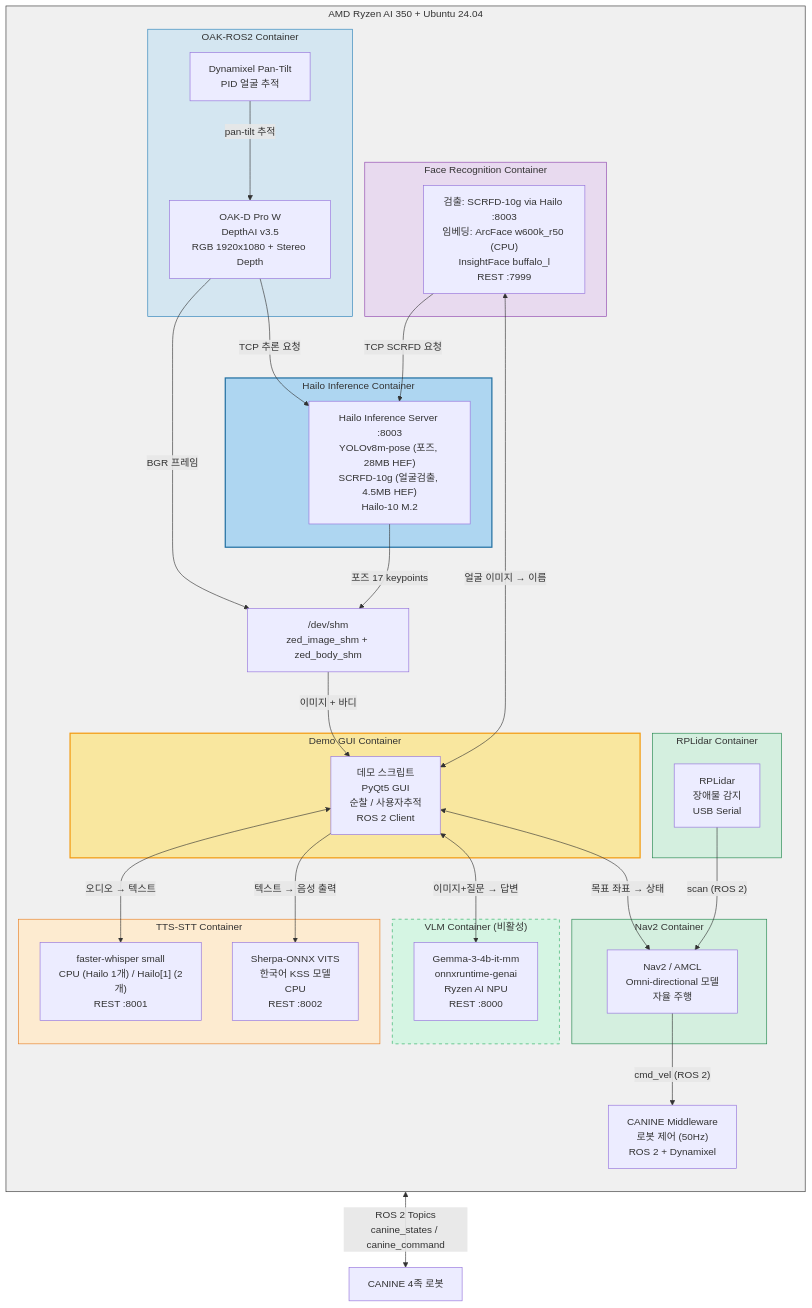
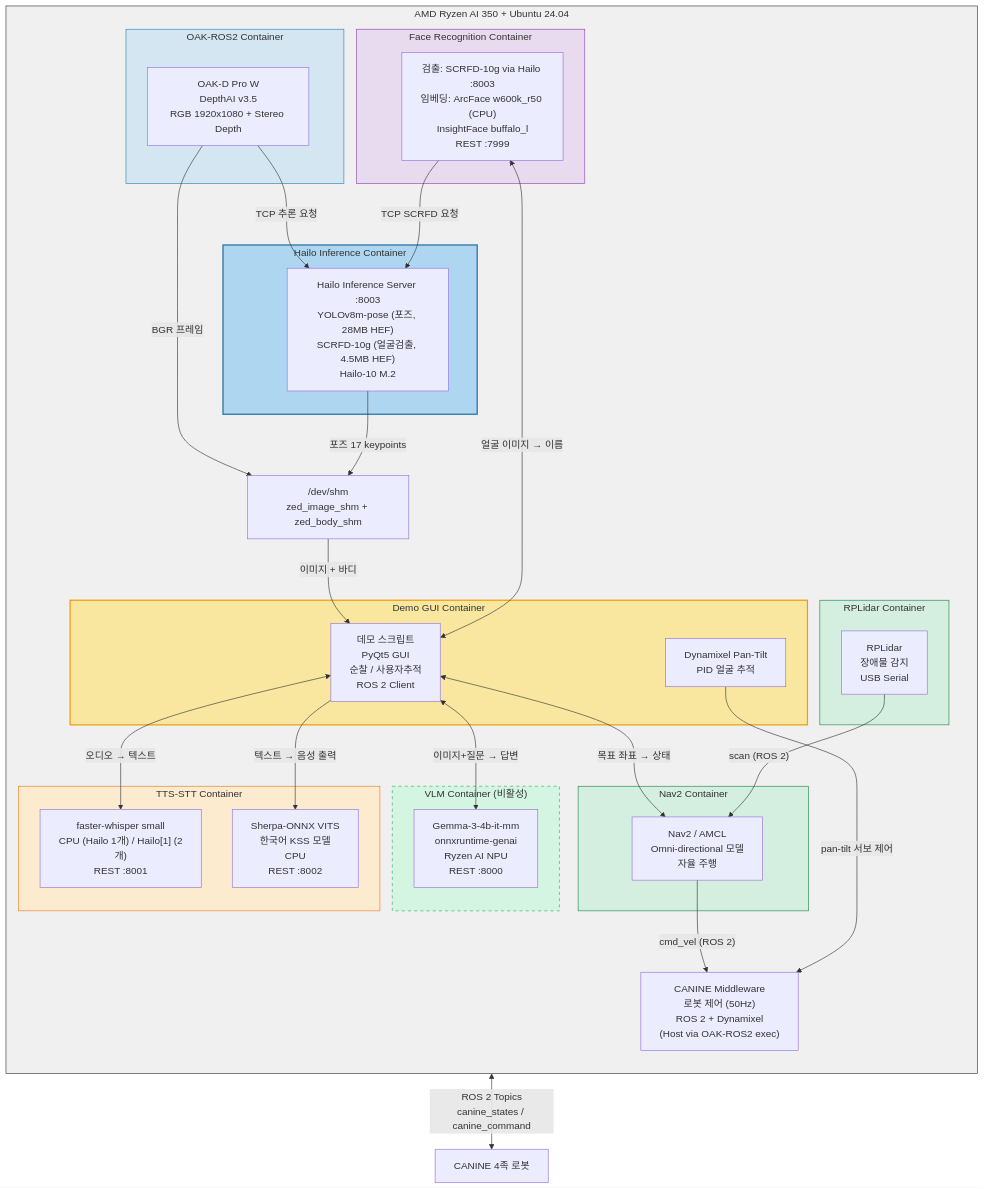
One commit to ETRI-OAC/ETRI-OAC-DEMO changed the diagram in README.md. Above: the diagram before and after it, drawn with Mermaid. The commit also changed other lines of this file and 3 other files, not shown here.

First line of the commit message:
Update README: 8-container architecture, new directory structure, build_all_docker.sh

````diff
--- a/README.md
+++ b/README.md
@@ -5,71 +5,71 @@
 ```mermaid
 graph TB
     subgraph HOST["AMD Ryzen AI 350 + Ubuntu 24.04"]
         direction TB
 
         subgraph OAK["OAK-ROS2 Container"]
             CAM["OAK-D Pro W<br/>DepthAI v3.5<br/>RGB 1920x1080 + Stereo Depth"]
-            PT["Dynamixel Pan-Tilt<br/>PID 얼굴 추적"]
         end
 
         subgraph DEMO_C["Demo GUI Container"]
             DEMO["데모 스크립트<br/>PyQt5 GUI<br/>순찰 / 사용자추적<br/>ROS 2 Client"]
+            PT["Dynamixel Pan-Tilt<br/>PID 얼굴 추적"]
         end
 
         subgraph HAILO_C["Hailo Inference Container"]
             HAILO_SRV["Hailo Inference Server :8003<br/>YOLOv8m-pose (포즈, 28MB HEF)<br/>SCRFD-10g (얼굴검출, 4.5MB HEF)<br/>Hailo-10 M.2"]
         end
 
         subgraph NAV_C["Nav2 Container"]
             NAV["Nav2 / AMCL<br/>Omni-directional 모델<br/>자율 주행"]
         end
 
         subgraph LIDAR_C["RPLidar Container"]
             LIDAR["RPLidar<br/>장애물 감지<br/>USB Serial"]
         end
 
-        MW["CANINE Middleware<br/>로봇 제어 (50Hz)<br/>ROS 2 + Dynamixel"]
+        MW["CANINE Middleware<br/>로봇 제어 (50Hz)<br/>ROS 2 + Dynamixel<br/>(Host via OAK-ROS2 exec)"]
 
         subgraph VLM_C["VLM Container (비활성)"]
             VLM["Gemma-3-4b-it-mm<br/>onnxruntime-genai<br/>Ryzen AI NPU<br/>REST :8000"]
         end
 
         subgraph TTS_C["TTS-STT Container"]
             STT["faster-whisper small<br/>CPU (Hailo 1개) / Hailo[1] (2개)<br/>REST :8001"]
             TTS["Sherpa-ONNX VITS<br/>한국어 KSS 모델<br/>CPU<br/>REST :8002"]
         end
 
         subgraph FACE_C["Face Recognition Container"]
             FACE["검출: SCRFD-10g via Hailo :8003<br/>임베딩: ArcFace w600k_r50 (CPU)<br/>InsightFace buffalo_l<br/>REST :7999"]
         end
 
         SHM["/dev/shm<br/>zed_image_shm + zed_body_shm"]
     end
 
     ROBOT["CANINE 4족 로봇"]
 
     CAM -->|"BGR 프레임"| SHM
     HAILO_SRV -->|"포즈 17 keypoints"| SHM
     CAM -->|"TCP 추론 요청"| HAILO_SRV
     FACE -->|"TCP SCRFD 요청"| HAILO_SRV
     SHM -->|"이미지 + 바디"| DEMO
     DEMO <-->|"오디오 → 텍스트"| STT
     DEMO -->|"텍스트 → 음성 출력"| TTS
     DEMO <-->|"이미지+질문 → 답변"| VLM
     DEMO <-->|"얼굴 이미지 → 이름"| FACE
     DEMO <-->|"목표 좌표 → 상태"| NAV
     MW <-->|"ROS 2 Topics<br/>canine_states / canine_command"| ROBOT
     LIDAR -->|"scan (ROS 2)"| NAV
     NAV -->|"cmd_vel (ROS 2)"| MW
-    PT -->|"pan-tilt 추적"| CAM
+    PT -->|"pan-tilt 서보 제어"| MW
 
     style HOST fill:#f0f0f0,stroke:#333
     style OAK fill:#d4e6f1,stroke:#2980b9
     style HAILO_C fill:#aed6f1,stroke:#2471a3,stroke-width:2px
     style NAV_C fill:#d4efdf,stroke:#1e8449
     style LIDAR_C fill:#d4efdf,stroke:#1e8449
     style VLM_C fill:#d5f5e3,stroke:#27ae60,stroke-dasharray: 5 5
     style TTS_C fill:#fdebd0,stroke:#e67e22
     style FACE_C fill:#e8daef,stroke:#8e44ad
     style DEMO_C fill:#f9e79f,stroke:#f39c12,stroke-width:2px
 ```
````
